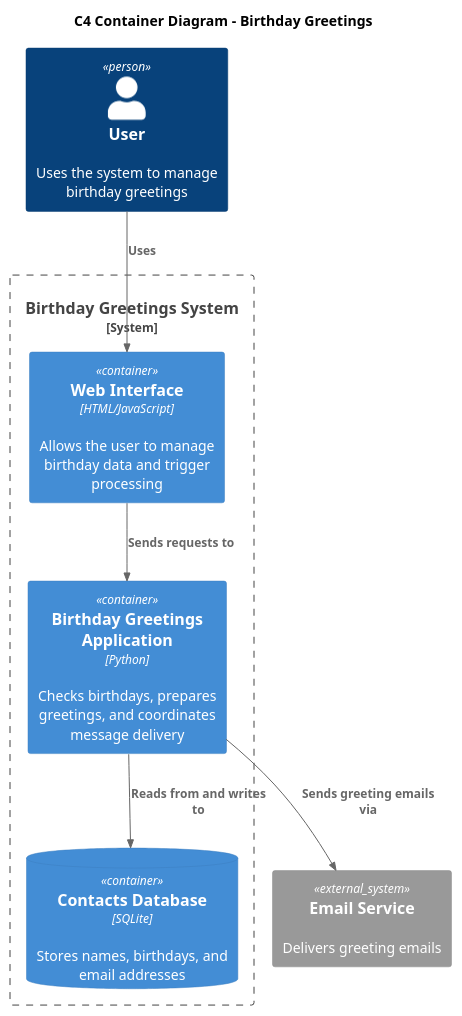
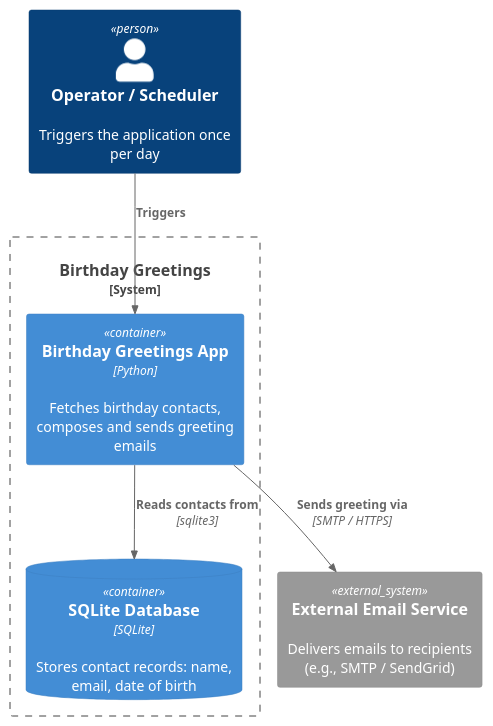
The diagram in architecture/diagrams/c4-container.puml (cetko4/sdp-powered-by-ai-agents-aleksandar-cetkovic), drawn with PlantUML before and after one commit. The commit also changed 23 other files, not shown here.

Commit message:
#5 docs(architecture): add arc42 documentation and C4 diagrams

```diff
--- a/architecture/diagrams/c4-container.puml
+++ b/architecture/diagrams/c4-container.puml
@@ -1,21 +1,17 @@
 @startuml c4-container
 !include https://raw.githubusercontent.com/plantuml-stdlib/C4-PlantUML/master/C4_Container.puml
 
-title C4 Container Diagram - Birthday Greetings
+Person(operator, "Operator / Scheduler", "Triggers the application once per day")
 
-Person(user, "User", "Uses the system to manage birthday greetings")
-
-System_Boundary(birthday_system, "Birthday Greetings System") {
-  Container(web_app, "Web Interface", "HTML/JavaScript", "Allows the user to manage birthday data and trigger processing")
-  Container(app, "Birthday Greetings Application", "Python", "Checks birthdays, prepares greetings, and coordinates message delivery")
-  ContainerDb(db, "Contacts Database", "SQLite", "Stores names, birthdays, and email addresses")
+System_Boundary(systemBoundary, "Birthday Greetings") {
+  Container(app, "Birthday Greetings App", "Python", "Fetches birthday contacts, composes and sends greeting emails")
+  ContainerDb(db, "SQLite Database", "SQLite", "Stores contact records: name, email, date of birth")
 }
 
-System_Ext(email_service, "Email Service", "Delivers greeting emails")
+System_Ext(email, "External Email Service", "Delivers emails to recipients (e.g., SMTP / SendGrid)")
 
-Rel(user, web_app, "Uses")
-Rel(web_app, app, "Sends requests to")
-Rel(app, db, "Reads from and writes to")
-Rel(app, email_service, "Sends greeting emails via")
+Rel(operator, app, "Triggers")
+Rel(app, db, "Reads contacts from", "sqlite3")
+Rel(app, email, "Sends greeting via", "SMTP / HTTPS")
 
 @enduml
```
